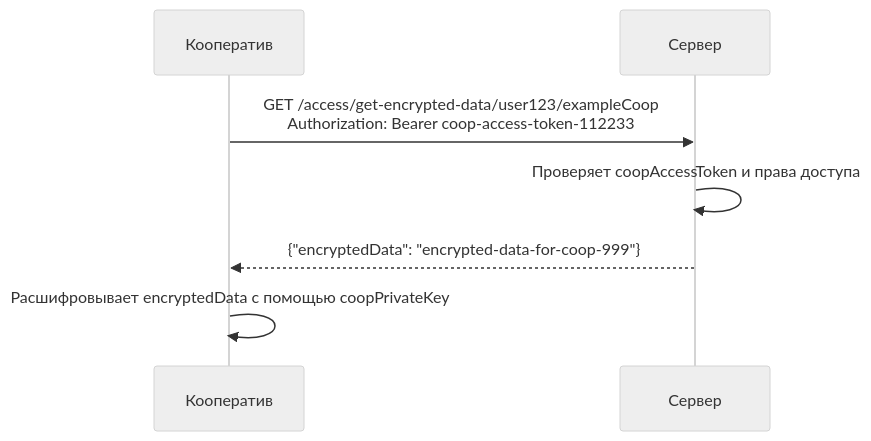
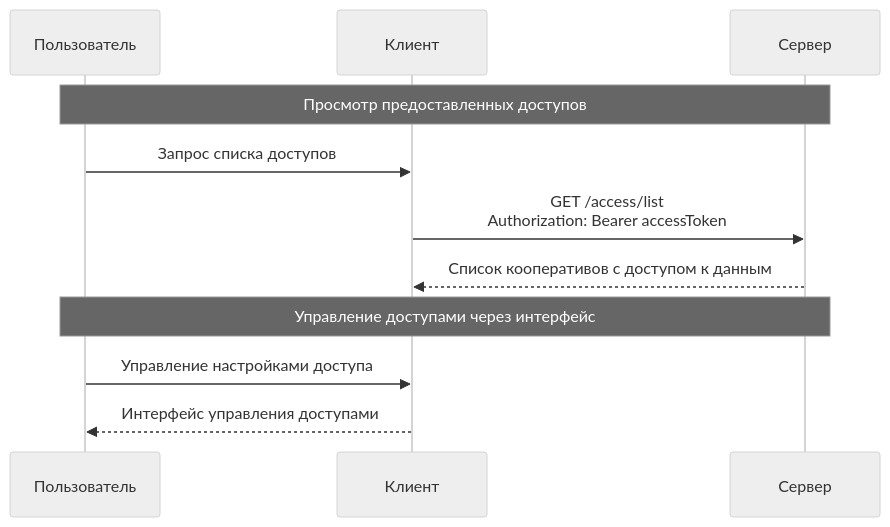
The seventh of 11 diagrams in docs/documentation/cardcoop.md (coopenomics/coopenomics), drawn with Mermaid (neutral theme) before and after one commit. The commit also changed other lines of this file and 9 other files, not shown here.

````diff
--- a/docs/documentation/cardcoop.md
+++ b/docs/documentation/cardcoop.md
@@ -271,10 +276,15 @@
 ```mermaid
 sequenceDiagram
-    participant Кооператив
+    participant Пользователь
+    participant Клиент
     participant Сервер
 
-    Кооператив->>Сервер: GET /access/get-encrypted-data/user123/exampleCoop<br/>Authorization: Bearer coop-access-token-112233
-    Сервер->>Сервер: Проверяет coopAccessToken и права доступа
-    Сервер-->>Кооператив: {"encryptedData": "encrypted-data-for-coop-999"}
-    Кооператив->>Кооператив: Расшифровывает encryptedData с помощью coopPrivateKey
+    Note over Пользователь,Сервер: Просмотр предоставленных доступов
+    Пользователь->>Клиент: Запрос списка доступов
+    Клиент->>Сервер: GET /access/list<br/>Authorization: Bearer accessToken
+    Сервер-->>Клиент: Список кооперативов с доступом к данным
+    
+    Note over Пользователь,Сервер: Управление доступами через интерфейс
+    Пользователь->>Клиент: Управление настройками доступа
+    Клиент-->>Пользователь: Интерфейс управления доступами
 ```
````
